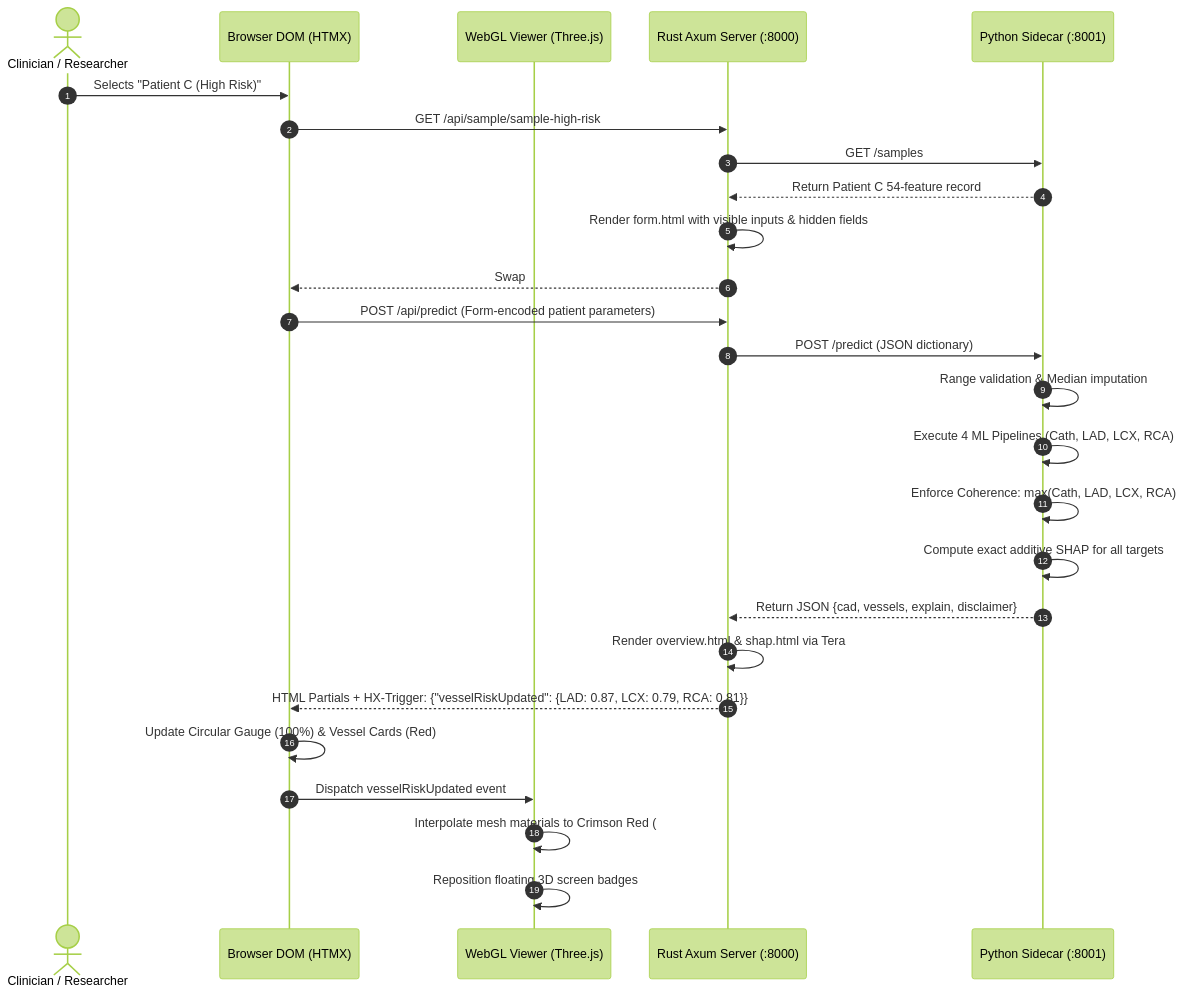
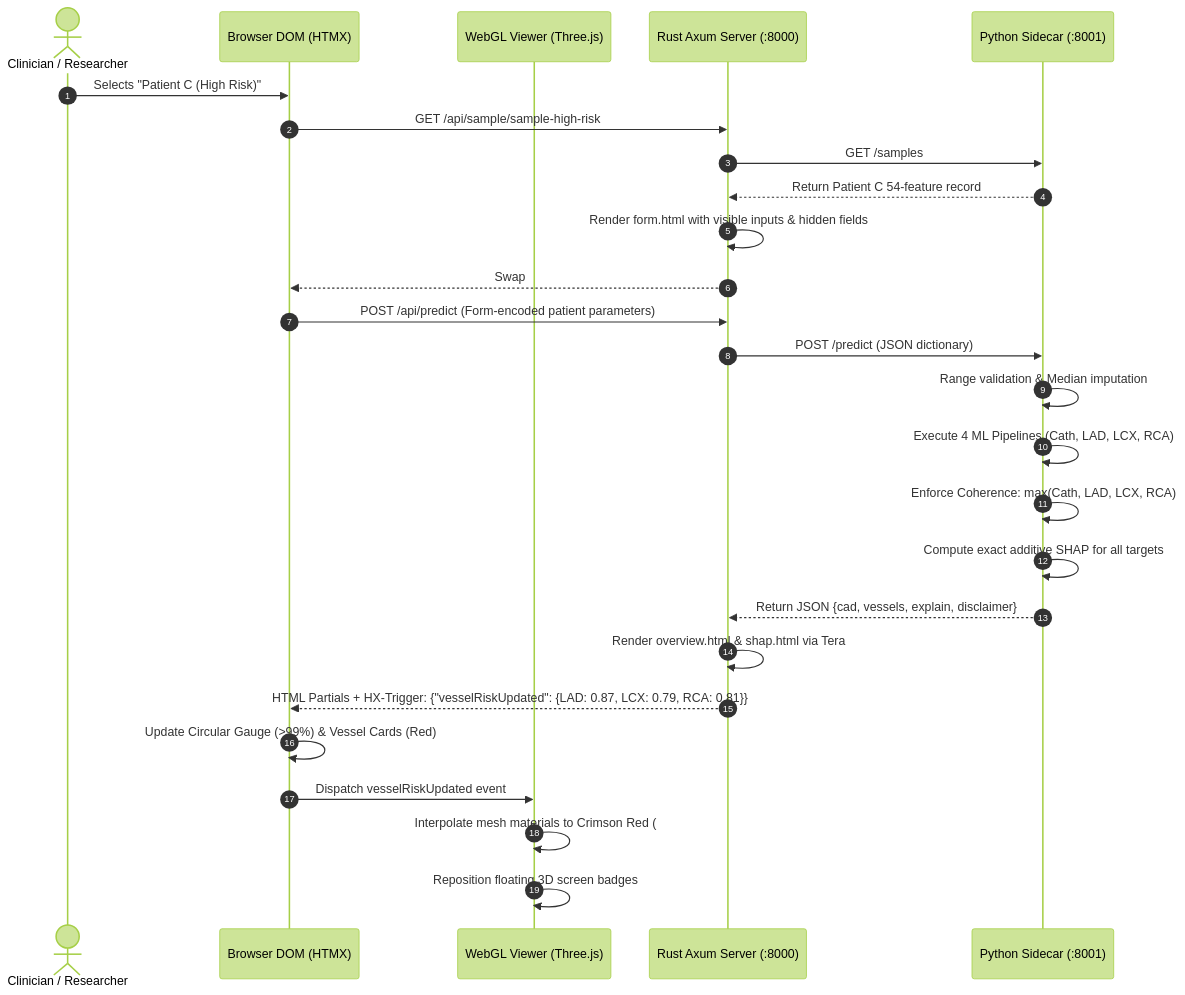
Before and after one commit to hackerabi2005/cad: the fifth of 6 diagrams in ARCHITECTURE.md, drawn with Mermaid (forest theme). The commit also changed other lines of this file and 187 other files, not shown here.

````diff
--- a/ARCHITECTURE.md
+++ b/ARCHITECTURE.md
@@ -766,32 +739,32 @@
 ```mermaid
 sequenceDiagram
     autonumber
     actor Clinician as Clinician / Researcher
     participant DOM as Browser DOM (HTMX)
     participant ThreeJS as WebGL Viewer (Three.js)
     participant Rust as Rust Axum Server (:8000)
     participant Sidecar as Python Sidecar (:8001)
 
     Clinician->>DOM: Selects "Patient C (High Risk)"
     DOM->>Rust: GET /api/sample/sample-high-risk
     Rust->>Sidecar: GET /samples
     Sidecar-->>Rust: Return Patient C 54-feature record
     Rust->>Rust: Render form.html with visible inputs & hidden fields
     Rust-->>DOM: Swap #patient-form-container & trigger form change
     
     DOM->>Rust: POST /api/predict (Form-encoded patient parameters)
     Rust->>Sidecar: POST /predict (JSON dictionary)
     Sidecar->>Sidecar: Range validation & Median imputation
     Sidecar->>Sidecar: Execute 4 ML Pipelines (Cath, LAD, LCX, RCA)
     Sidecar->>Sidecar: Enforce Coherence: max(Cath, LAD, LCX, RCA)
     Sidecar->>Sidecar: Compute exact additive SHAP for all targets
     Sidecar-->>Rust: Return JSON {cad, vessels, explain, disclaimer}
     
     Rust->>Rust: Render overview.html & shap.html via Tera
     Rust-->>DOM: HTML Partials + HX-Trigger: {"vesselRiskUpdated": {LAD: 0.87, LCX: 0.79, RCA: 0.81}}
     
-    DOM->>DOM: Update Circular Gauge (100%) & Vessel Cards (Red)
+    DOM->>DOM: Update Circular Gauge (>99%) & Vessel Cards (Red)
     DOM->>ThreeJS: Dispatch vesselRiskUpdated event
     ThreeJS->>ThreeJS: Interpolate mesh materials to Crimson Red (#ef4444)
     ThreeJS->>ThreeJS: Reposition floating 3D screen badges
 ```
````
